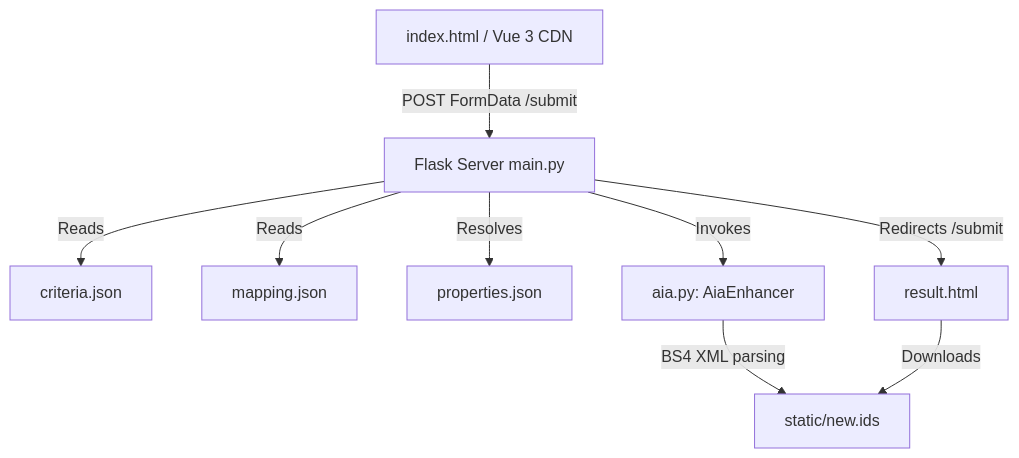
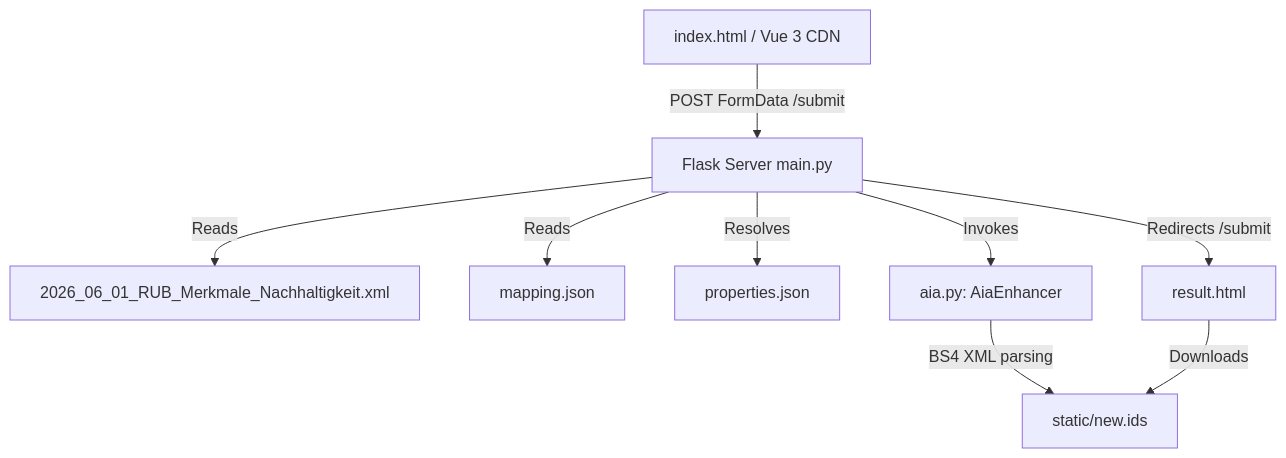
One commit to ninakraut/hackathon2025 changed the diagram in .memory_bank/systemPatterns.md. Above: the diagram before and after it, drawn with Mermaid. The commit also changed 4 other files, not shown here.

Commit message:
Change source of criteria from json to xml

````diff
--- a/.memory_bank/systemPatterns.md
+++ b/.memory_bank/systemPatterns.md
@@ -7,11 +7,11 @@
 ```mermaid
 graph TD
     UI[index.html / Vue 3 CDN] -->|POST FormData /submit| App[Flask Server main.py]
-    App -->|Reads| Crit[criteria.json]
+    App -->|Reads| Crit[2026_06_01_RUB_Merkmale_Nachhaltigkeit.xml]
     App -->|Reads| Map[mapping.json]
     App -->|Resolves| Props[properties.json]
     App -->|Invokes| Aia[aia.py: AiaEnhancer]
     Aia -->|BS4 XML parsing| Output[static/new.ids]
     App -->|Redirects /submit| Results[result.html]
     Results -->|Downloads| Output
 ```
````
